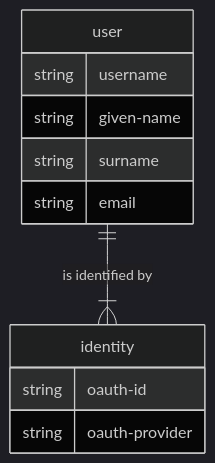
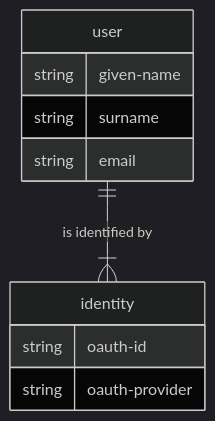
The diagram in README.md (dgknght/multi-money), drawn with Mermaid (dark theme) before and after one commit. The commit also changed other lines of this file, not shown here.

````diff
--- a/README.md
+++ b/README.md
@@ -15,14 +15,13 @@
 ```mermaid
 erDiagram
   user ||--|{ identity : "is identified by"
   user {
-    string username
     string given-name
     string surname
     string email
   }
   identity {
     string oauth-id
     string oauth-provider
   }
 ```
````
